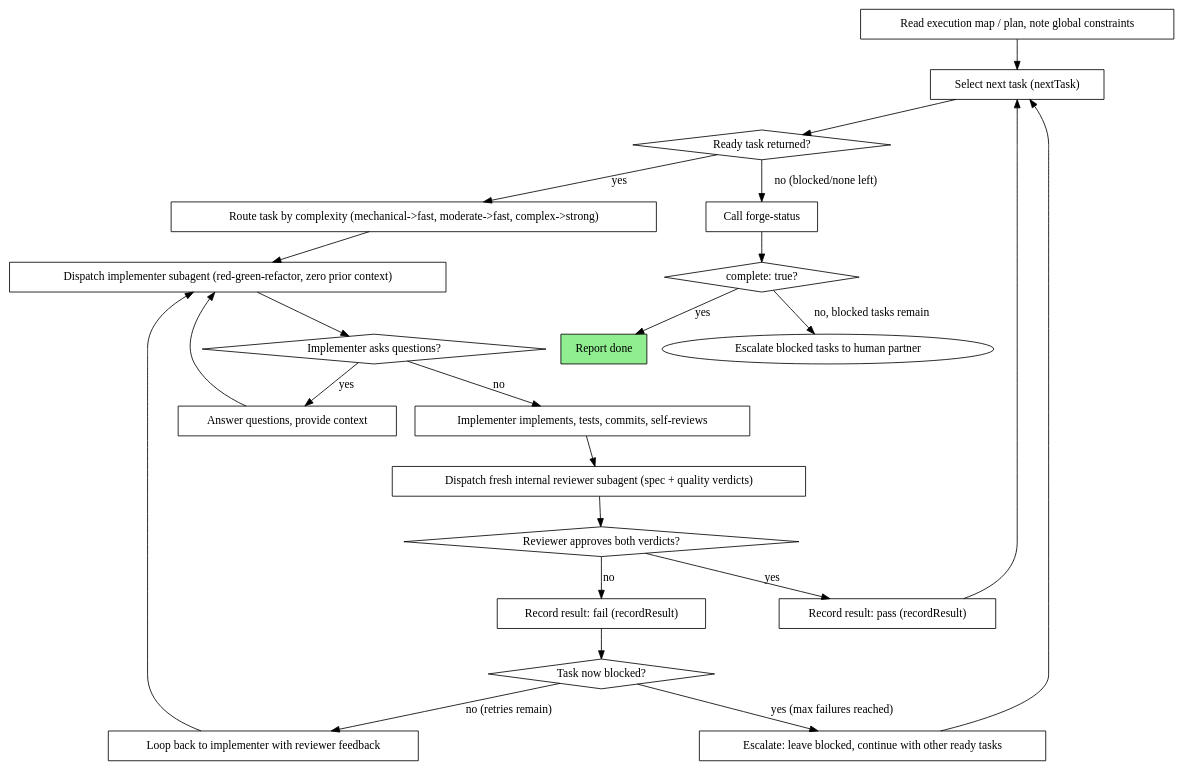
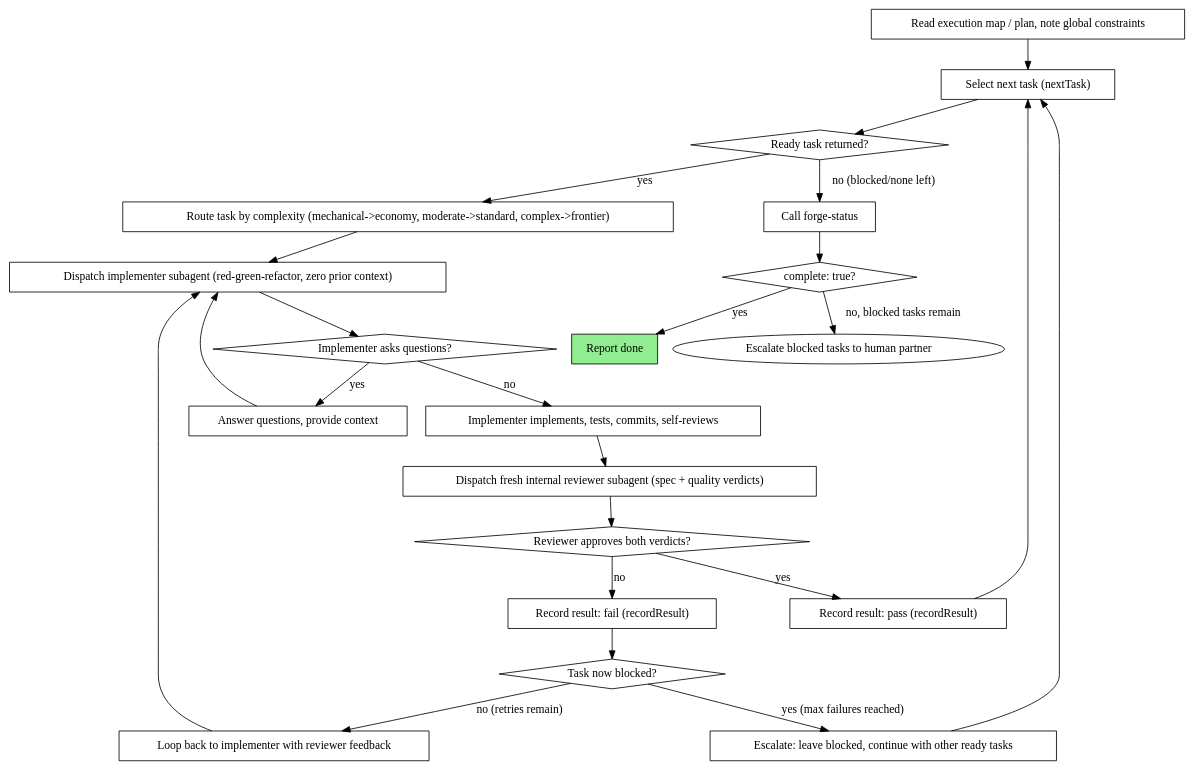
The diagram in skills/superspec-forge/SKILL.md (anupam20sep/superspec), drawn with Graphviz before and after one commit. The commit also changed other lines of this file and 56 other files, not shown here.

````diff
--- a/skills/superspec-forge/SKILL.md
+++ b/skills/superspec-forge/SKILL.md
@@ -58,47 +58,47 @@
 ```dot
 digraph process {
     rankdir=TB;
 
     "Read execution map / plan, note global constraints" [shape=box];
     "Select next task (nextTask)" [shape=box];
     "Ready task returned?" [shape=diamond];
-    "Route task by complexity (mechanical->fast, moderate->fast, complex->strong)" [shape=box];
+    "Route task by complexity (mechanical->economy, moderate->standard, complex->frontier)" [shape=box];
     "Dispatch implementer subagent (red-green-refactor, zero prior context)" [shape=box];
     "Implementer asks questions?" [shape=diamond];
     "Answer questions, provide context" [shape=box];
     "Implementer implements, tests, commits, self-reviews" [shape=box];
     "Dispatch fresh internal reviewer subagent (spec + quality verdicts)" [shape=box];
     "Reviewer approves both verdicts?" [shape=diamond];
     "Record result: fail (recordResult)" [shape=box];
     "Task now blocked?" [shape=diamond];
     "Escalate: leave blocked, continue with other ready tasks" [shape=box];
     "Loop back to implementer with reviewer feedback" [shape=box];
     "Record result: pass (recordResult)" [shape=box];
     "Call forge-status" [shape=box];
     "complete: true?" [shape=diamond];
     "Report done" [shape=box style=filled fillcolor=lightgreen];
 
     "Read execution map / plan, note global constraints" -> "Select next task (nextTask)";
     "Select next task (nextTask)" -> "Ready task returned?";
-    "Ready task returned?" -> "Route task by complexity (mechanical->fast, moderate->fast, complex->strong)" [label="yes"];
+    "Ready task returned?" -> "Route task by complexity (mechanical->economy, moderate->standard, complex->frontier)" [label="yes"];
     "Ready task returned?" -> "Call forge-status" [label="no (blocked/none left)"];
-    "Route task by complexity (mechanical->fast, moderate->fast, complex->strong)" -> "Dispatch implementer subagent (red-green-refactor, zero prior context)";
+    "Route task by complexity (mechanical->economy, moderate->standard, complex->frontier)" -> "Dispatch implementer subagent (red-green-refactor, zero prior context)";
     "Dispatch implementer subagent (red-green-refactor, zero prior context)" -> "Implementer asks questions?";
     "Implementer asks questions?" -> "Answer questions, provide context" [label="yes"];
     "Answer questions, provide context" -> "Dispatch implementer subagent (red-green-refactor, zero prior context)";
     "Implementer asks questions?" -> "Implementer implements, tests, commits, self-reviews" [label="no"];
     "Implementer implements, tests, commits, self-reviews" -> "Dispatch fresh internal reviewer subagent (spec + quality verdicts)";
     "Dispatch fresh internal reviewer subagent (spec + quality verdicts)" -> "Reviewer approves both verdicts?";
     "Reviewer approves both verdicts?" -> "Record result: fail (recordResult)" [label="no"];
     "Record result: fail (recordResult)" -> "Task now blocked?";
     "Task now blocked?" -> "Escalate: leave blocked, continue with other ready tasks" [label="yes (max failures reached)"];
     "Task now blocked?" -> "Loop back to implementer with reviewer feedback" [label="no (retries remain)"];
     "Loop back to implementer with reviewer feedback" -> "Dispatch implementer subagent (red-green-refactor, zero prior context)";
     "Reviewer approves both verdicts?" -> "Record result: pass (recordResult)" [label="yes"];
     "Record result: pass (recordResult)" -> "Select next task (nextTask)";
     "Escalate: leave blocked, continue with other ready tasks" -> "Select next task (nextTask)";
     "Call forge-status" -> "complete: true?";
     "complete: true?" -> "Report done" [label="yes"];
     "complete: true?" -> "Escalate blocked tasks to human partner" [label="no, blocked tasks remain" shape=box];
 }
 ```
````
